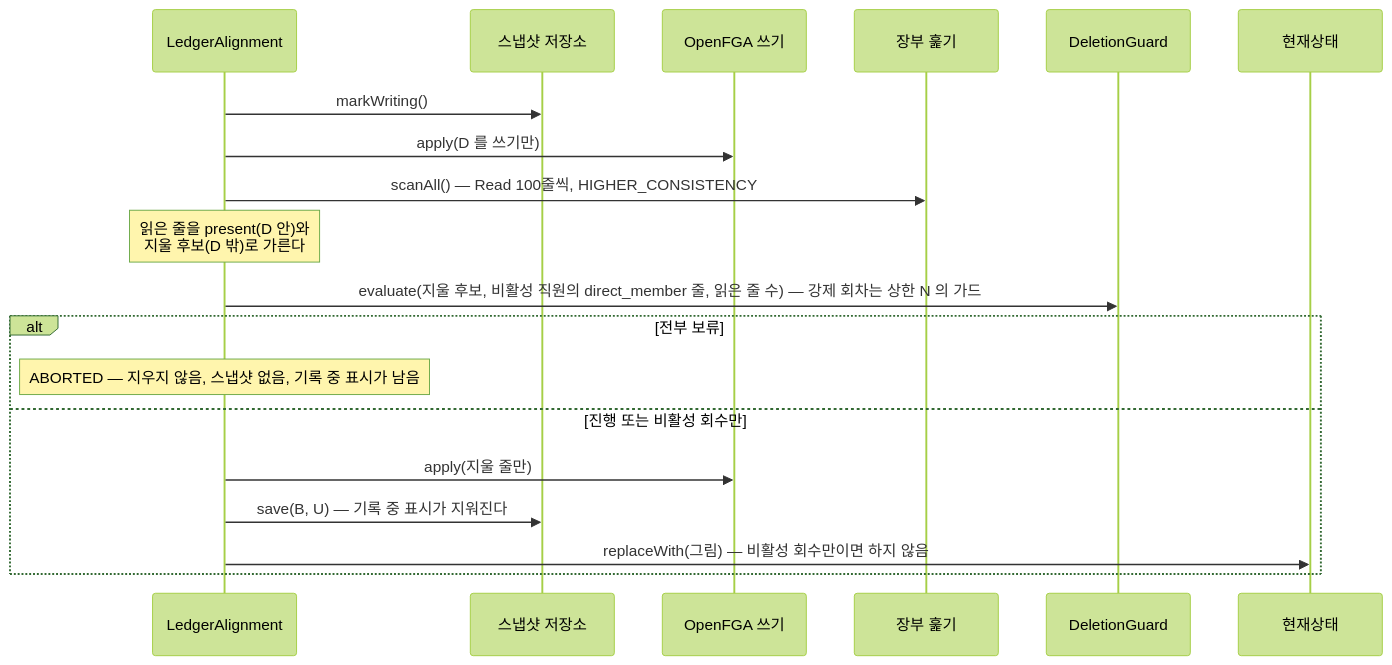
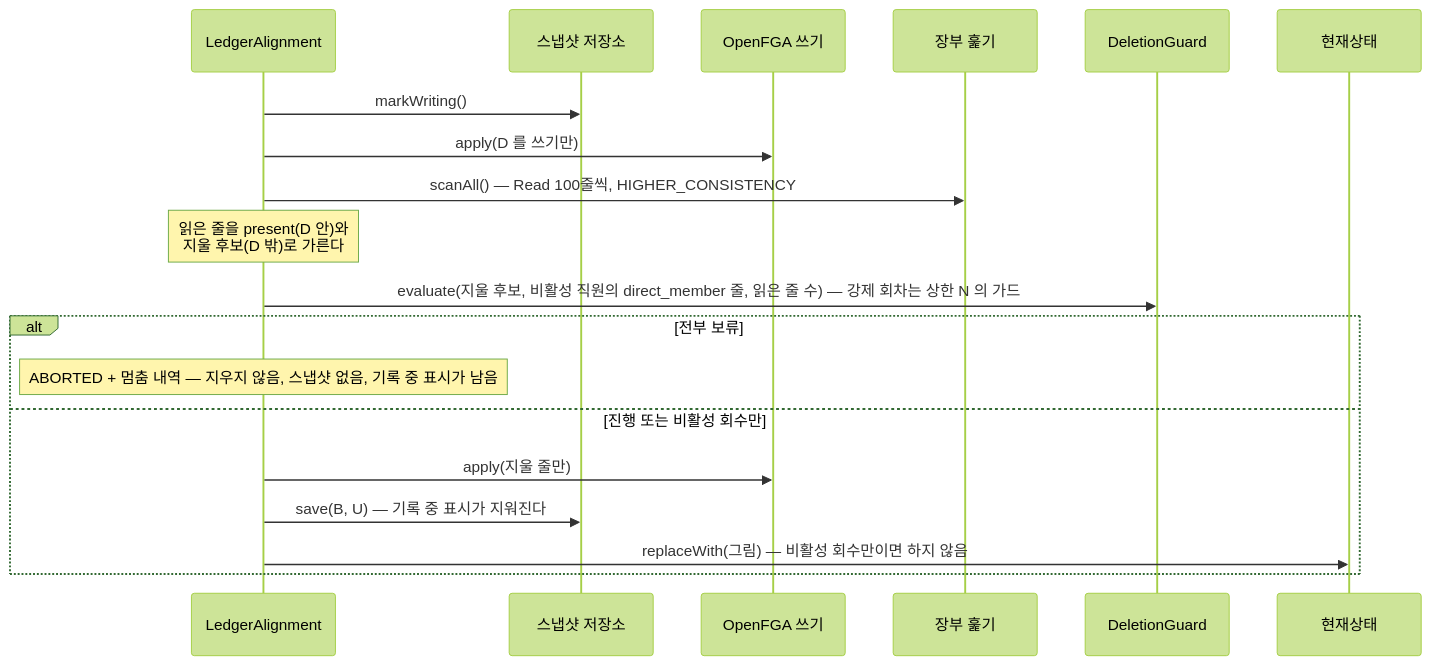
The fourth of 5 diagrams in docs/onboarding/05-LDAP-동기화.md (starryeye/organization), drawn with Mermaid (forest theme) before and after one commit. The commit also changed 3 other files, not shown here.

````diff
--- a/docs/onboarding/05-LDAP-동기화.md
+++ b/docs/onboarding/05-LDAP-동기화.md
@@ -727,22 +727,22 @@
 ```mermaid
 sequenceDiagram
     participant A as LedgerAlignment
     participant S as 스냅샷 저장소
     participant W as OpenFGA 쓰기
     participant R as 장부 훑기
     participant G as DeletionGuard
     participant D as 현재상태
 
     A->>S: markWriting()
     A->>W: apply(D 를 쓰기만)
     A->>R: scanAll() — Read 100줄씩, HIGHER_CONSISTENCY
     Note over A: 읽은 줄을 present(D 안)와<br/>지울 후보(D 밖)로 가른다
     A->>G: evaluate(지울 후보, 비활성 직원의 direct_member 줄, 읽은 줄 수) — 강제 회차는 상한 N 의 가드
     alt 전부 보류
-        Note over A: ABORTED — 지우지 않음, 스냅샷 없음, 기록 중 표시가 남음
+        Note over A: ABORTED + 멈춤 내역 — 지우지 않음, 스냅샷 없음, 기록 중 표시가 남음
     else 진행 또는 비활성 회수만
         A->>W: apply(지울 줄만)
         A->>S: save(B, U) — 기록 중 표시가 지워진다
         A->>D: replaceWith(그림) — 비활성 회수만이면 하지 않음
     end
 ```
````
